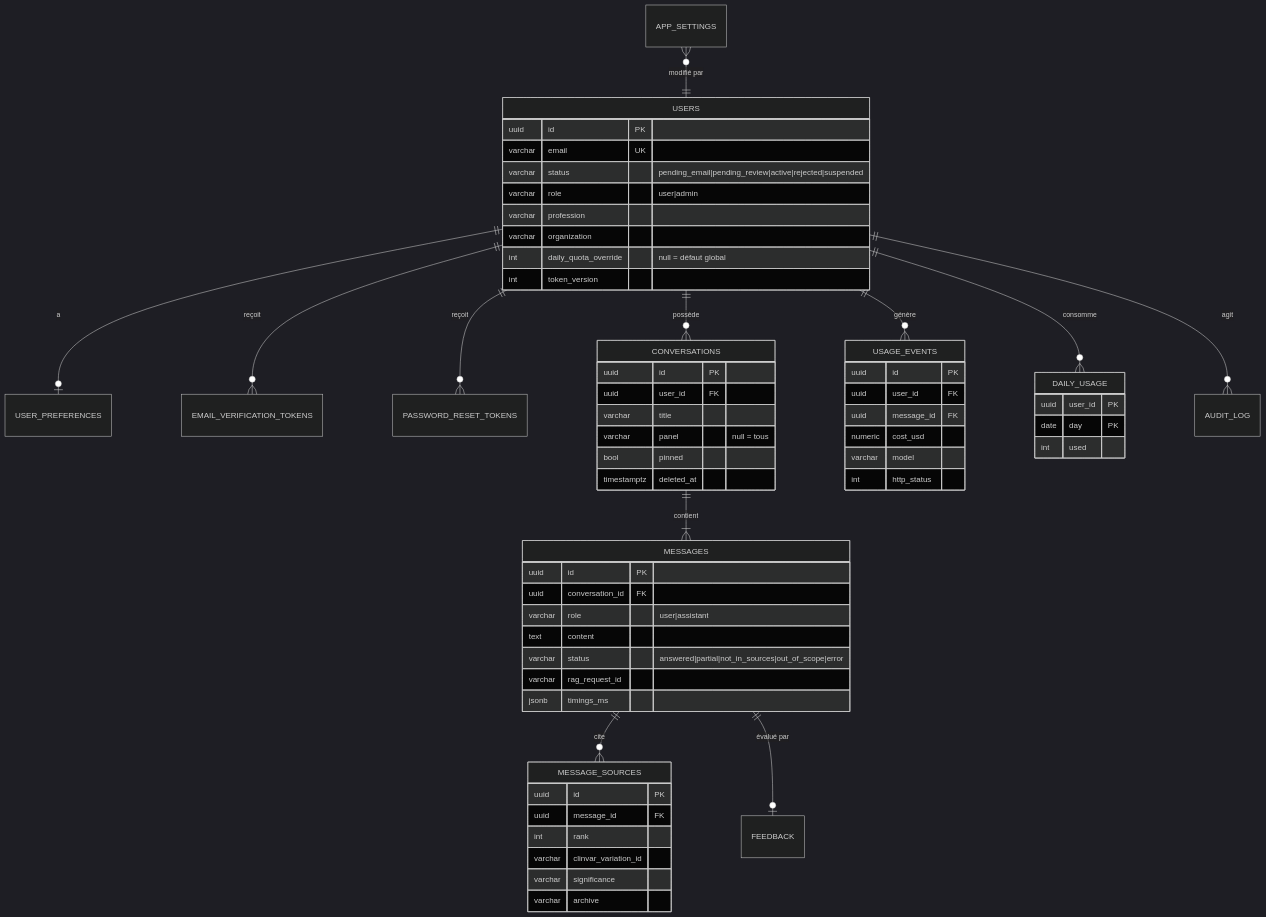
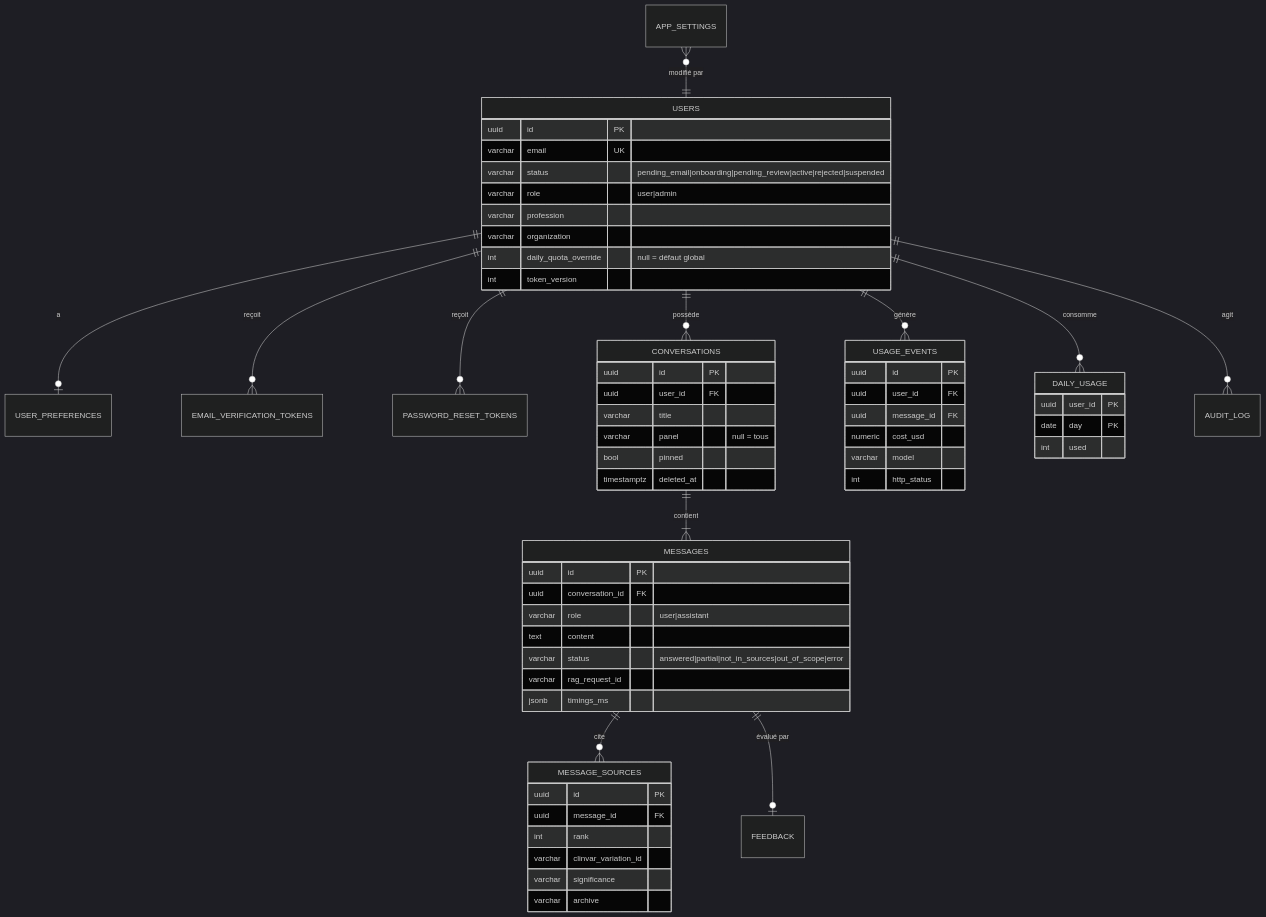
One commit to Dakar2024/Projet-_de_Memoire changed the first of 2 diagrams in apps/backend/MODELISATION_BACKEND.md. Above: the diagram before and after it, drawn with Mermaid (dark theme). The commit also changed other lines of this file and 20 other files, not shown here.

````diff
--- a/apps/backend/MODELISATION_BACKEND.md
+++ b/apps/backend/MODELISATION_BACKEND.md
@@ -57,63 +57,63 @@
 ```mermaid
 erDiagram
     USERS ||--o| USER_PREFERENCES : "a"
     USERS ||--o{ EMAIL_VERIFICATION_TOKENS : "reçoit"
     USERS ||--o{ PASSWORD_RESET_TOKENS : "reçoit"
     USERS ||--o{ CONVERSATIONS : "possède"
     CONVERSATIONS ||--|{ MESSAGES : "contient"
     MESSAGES ||--o{ MESSAGE_SOURCES : "cite"
     MESSAGES ||--o| FEEDBACK : "évalué par"
     USERS ||--o{ USAGE_EVENTS : "génère"
     USERS ||--o{ DAILY_USAGE : "consomme"
     USERS ||--o{ AUDIT_LOG : "agit"
     APP_SETTINGS }o--|| USERS : "modifié par"
 
     USERS {
         uuid id PK
         varchar email UK
-        varchar status "pending_email|pending_review|active|rejected|suspended"
+        varchar status "pending_email|onboarding|pending_review|active|rejected|suspended"
         varchar role "user|admin"
         varchar profession
         varchar organization
         int daily_quota_override "null = défaut global"
         int token_version
     }
     CONVERSATIONS {
         uuid id PK
         uuid user_id FK
         varchar title
         varchar panel "null = tous"
         bool pinned
         timestamptz deleted_at
     }
     MESSAGES {
         uuid id PK
         uuid conversation_id FK
         varchar role "user|assistant"
         text content
         varchar status "answered|partial|not_in_sources|out_of_scope|error"
         varchar rag_request_id
         jsonb timings_ms
     }
     MESSAGE_SOURCES {
         uuid id PK
         uuid message_id FK
         int rank
         varchar clinvar_variation_id
         varchar significance
         varchar archive
     }
     USAGE_EVENTS {
         uuid id PK
         uuid user_id FK
         uuid message_id FK
         numeric cost_usd
         varchar model
         int http_status
     }
     DAILY_USAGE {
         uuid user_id PK
         date day PK
         int used
     }
 ```
````
